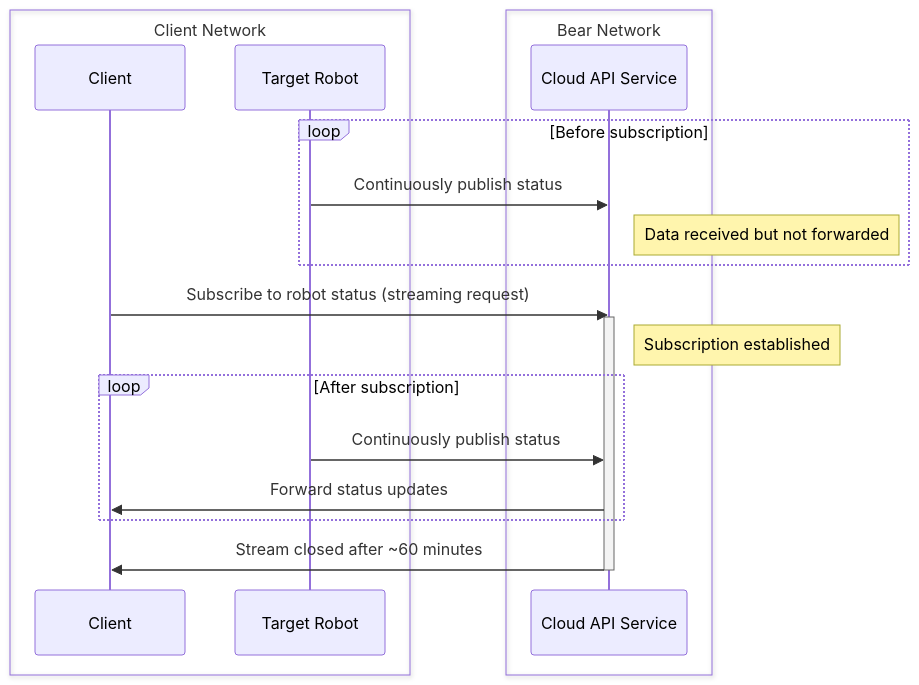
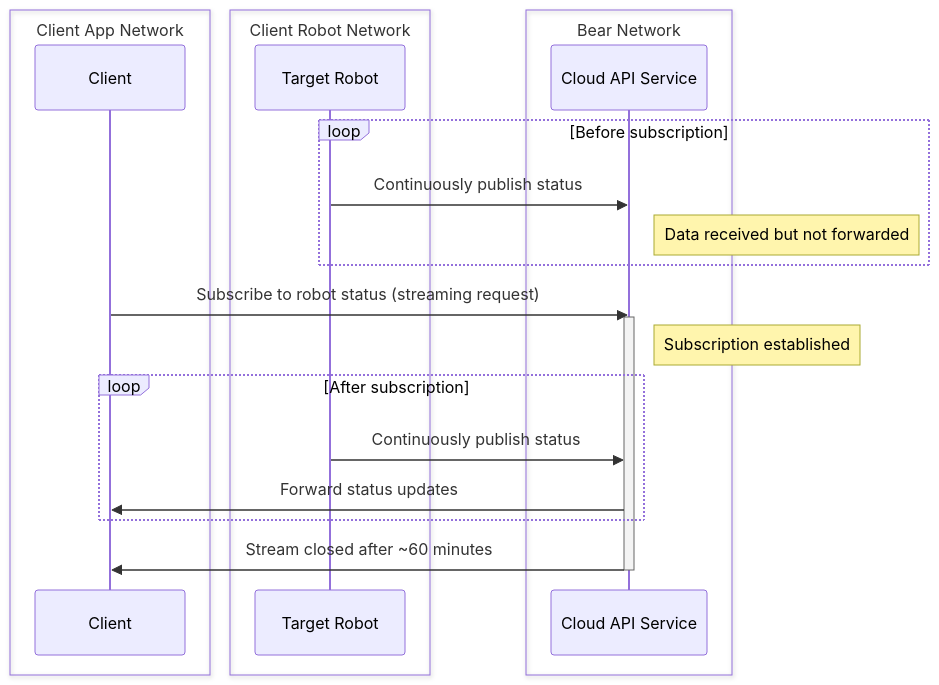
Before and after one commit to bearrobotics-public/cloud: the second of 2 diagrams in docs/index.md, drawn with Mermaid. The commit also changed other lines of this file and 2 other files, not shown here.

Commit message:
meeting changes

````diff
--- a/docs/index.md
+++ b/docs/index.md
@@ -47,27 +49,30 @@
 ```mermaid
 sequenceDiagram
-    box Client Network
+    box Client App Network
     participant Client
+    end
+    box Client Robot Network
     participant Robot as Target Robot
     end
     box Bear Network
     participant API as Cloud API Service
     end
+    
     
     loop Before subscription
         Robot->>API: Continuously publish status
         Note right of API: Data received but not forwarded
     end
     
     Client->>API: Subscribe to robot status (streaming request)
     activate API
     Note right of API: Subscription established
     
     loop After subscription
         Robot->>API: Continuously publish status
         API->>Client: Forward status updates
     end
     
     API->>Client: Stream closed after ~60 minutes
     deactivate API
 ```
````
